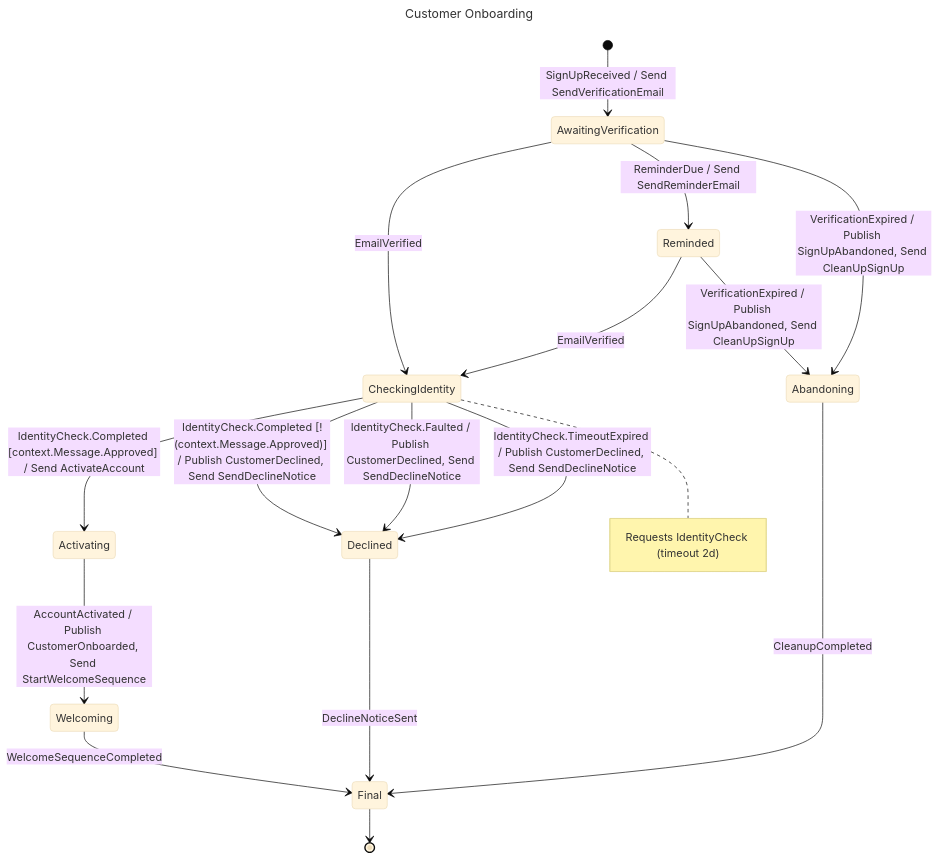
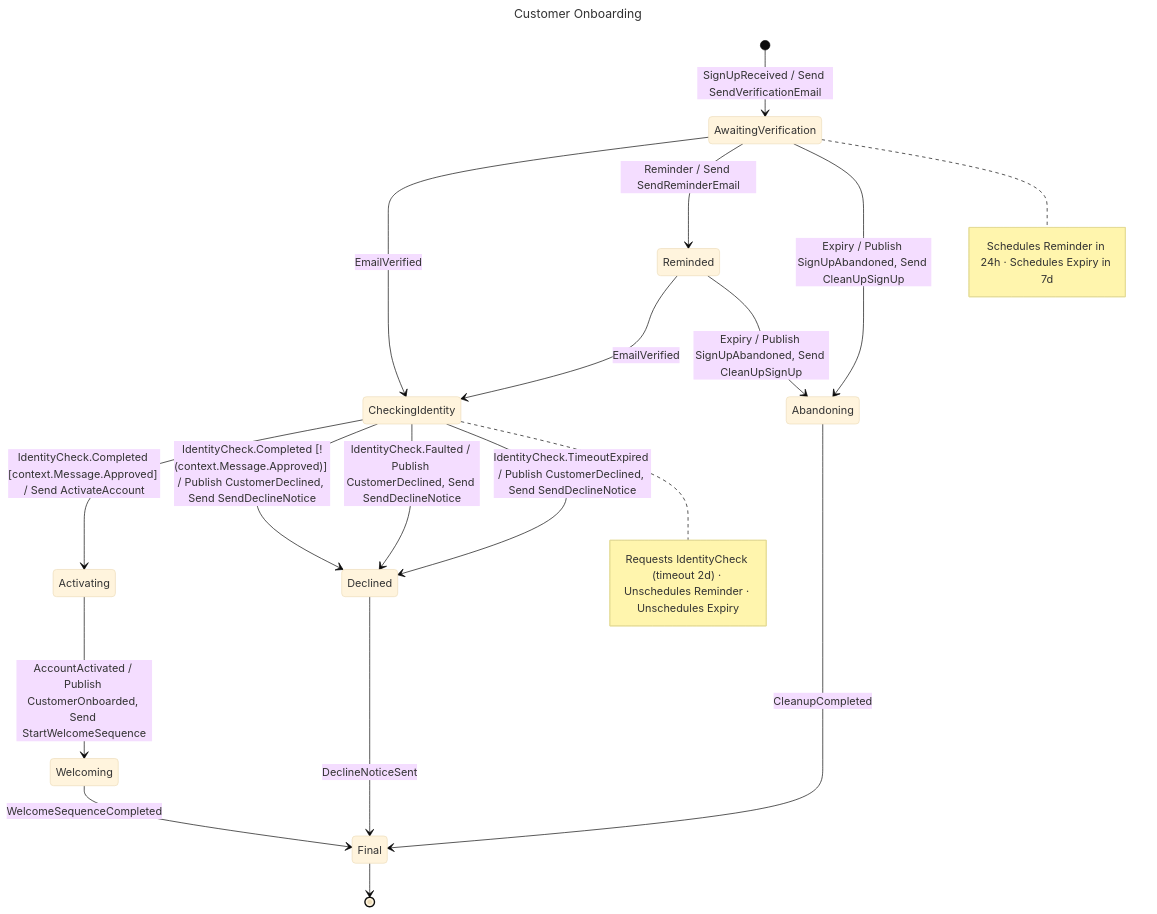
The diagram in samples/library/customer-onboarding/customer-onboarding.docs.md (GravionLabs/ariadne), drawn with Mermaid (base theme) before and after one commit. The commit also changed other lines of this file and 22 other files, not shown here.

````diff
--- a/samples/library/customer-onboarding/customer-onboarding.docs.md
+++ b/samples/library/customer-onboarding/customer-onboarding.docs.md
@@ -5,25 +5,26 @@
 ```mermaid
 ---
 title: "Customer Onboarding"
 ---
 stateDiagram-v2
   accTitle: Customer Onboarding
   accDescr: 9 states and 14 transitions, from Initial to Final.
   direction TB
   [*] --> AwaitingVerification : SignUpReceived / Send SendVerificationEmail
   AwaitingVerification --> CheckingIdentity : EmailVerified
-  AwaitingVerification --> Reminded : ReminderDue / Send SendReminderEmail
-  AwaitingVerification --> Abandoning : VerificationExpired / Publish SignUpAbandoned, Send CleanUpSignUp
+  AwaitingVerification --> Reminded : Reminder / Send SendReminderEmail
+  AwaitingVerification --> Abandoning : Expiry / Publish SignUpAbandoned, Send CleanUpSignUp
   Reminded --> CheckingIdentity : EmailVerified
-  Reminded --> Abandoning : VerificationExpired / Publish SignUpAbandoned, Send CleanUpSignUp
+  Reminded --> Abandoning : Expiry / Publish SignUpAbandoned, Send CleanUpSignUp
   CheckingIdentity --> Activating : IdentityCheck.Completed [context.Message.Approved] / Send ActivateAccount
   CheckingIdentity --> Declined : IdentityCheck.Completed [!(context.Message.Approved)] / Publish CustomerDeclined, Send SendDeclineNotice
   CheckingIdentity --> Declined : IdentityCheck.Faulted / Publish CustomerDeclined, Send SendDeclineNotice
   CheckingIdentity --> Declined : IdentityCheck.TimeoutExpired / Publish CustomerDeclined, Send SendDeclineNotice
   Activating --> Welcoming : AccountActivated / Publish CustomerOnboarded, Send StartWelcomeSequence
   Welcoming --> Final : WelcomeSequenceCompleted
   Abandoning --> Final : CleanupCompleted
   Declined --> Final : DeclineNoticeSent
   Final --> [*]
-  note right of CheckingIdentity : Requests IdentityCheck (timeout 2d)
+  note right of AwaitingVerification : Schedules Reminder in 24h · Schedules Expiry in 7d
+  note right of CheckingIdentity : Requests IdentityCheck (timeout 2d) · Unschedules Reminder · Unschedules Expiry
 ```
````
